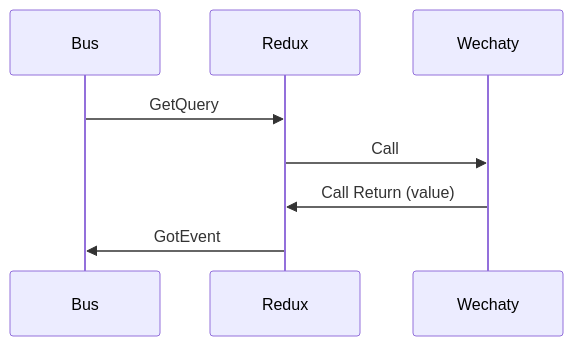
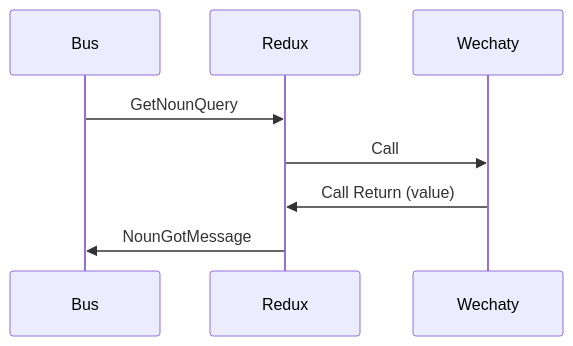
Before and after one commit to wechaty/cqrs: the third of 4 diagrams in README.md, drawn with Mermaid. The commit also changed other lines of this file and 1 other file, not shown here.

Commit message:
add event diagram

````diff
--- a/README.md
+++ b/README.md
@@ -104,11 +109,11 @@
 ```mermaid
 sequenceDiagram
     participant Bus
     participant Redux
     participant Wechaty
 
-    Bus->>Redux: GetQuery
+    Bus->>Redux: GetNounQuery
     Redux->>Wechaty: Call
     Wechaty->>Redux: Call Return (value)
-    Redux->>Bus: GotEvent
+    Redux->>Bus: NounGotMessage
 ```
````
